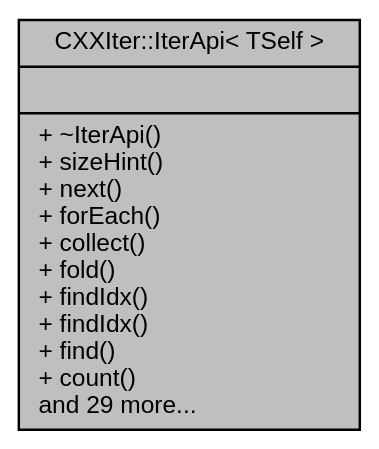
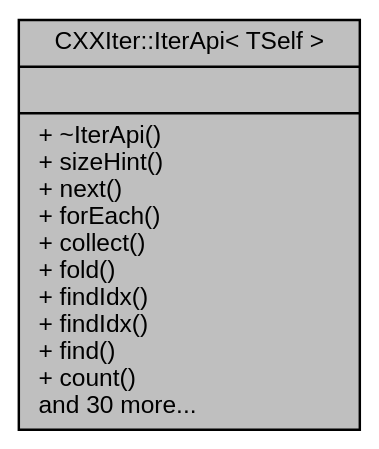
The diagram in classCXXIter_1_1IterApi__coll__graph.dot (seijikun/CXXIter), drawn with Graphviz before and after one commit. The commit also changed 25 other files, not shown here.

```diff
--- a/classCXXIter_1_1IterApi__coll__graph.dot
+++ b/classCXXIter_1_1IterApi__coll__graph.dot
@@ -1,9 +1,9 @@
 digraph "CXXIter::IterApi&lt; TSelf &gt;"
 {
  // INTERACTIVE_SVG=YES
  // LATEX_PDF_SIZE
   bgcolor="transparent";
   edge [fontname="Helvetica",fontsize="10",labelfontname="Helvetica",labelfontsize="10"];
   node [fontname="Helvetica",fontsize="10",shape=record];
-  Node1 [label="{CXXIter::IterApi\< TSelf \>\n||+ ~IterApi()\l+ sizeHint()\l+ next()\l+ forEach()\l+ collect()\l+ fold()\l+ findIdx()\l+ findIdx()\l+ find()\l+ count()\land 29 more...\l}",height=0.2,width=0.4,color="black", fillcolor="grey75", style="filled", fontcolor="black",tooltip="Public Iterator API surface."];
+  Node1 [label="{CXXIter::IterApi\< TSelf \>\n||+ ~IterApi()\l+ sizeHint()\l+ next()\l+ forEach()\l+ collect()\l+ fold()\l+ findIdx()\l+ findIdx()\l+ find()\l+ count()\land 30 more...\l}",height=0.2,width=0.4,color="black", fillcolor="grey75", style="filled", fontcolor="black",tooltip="Public Iterator API surface."];
 }
```
